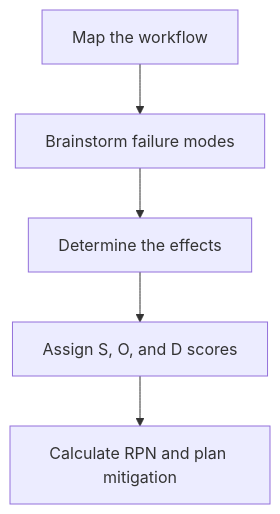
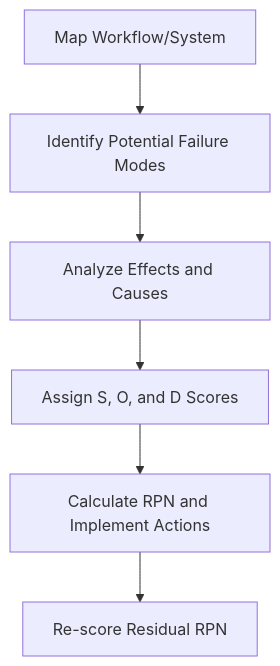
The diagram in docs/systems-thinking/failure-mode-and-effects-analysis.md (vaishvanara/techwritingkb), drawn with Mermaid before and after one commit. The commit also changed other lines of this file and 26 other files, not shown here.

````diff
--- a/docs/systems-thinking/failure-mode-and-effects-analysis.md
+++ b/docs/systems-thinking/failure-mode-and-effects-analysis.md
@@ -46,7 +46,8 @@
 ```mermaid
 graph TD
-    A[Map the workflow] --> B[Brainstorm failure modes]
-    B --> C[Determine the effects]
-    C --> D[Assign S, O, and D scores]
-    D --> E[Calculate RPN and plan mitigation]
+    A[Map Workflow/System] --> B[Identify Potential Failure Modes]
+    B --> C[Analyze Effects and Causes]
+    C --> D[Assign S, O, and D Scores]
+    D --> E[Calculate RPN and Implement Actions]
+    E --> F[Re-score Residual RPN]
 ```
````
